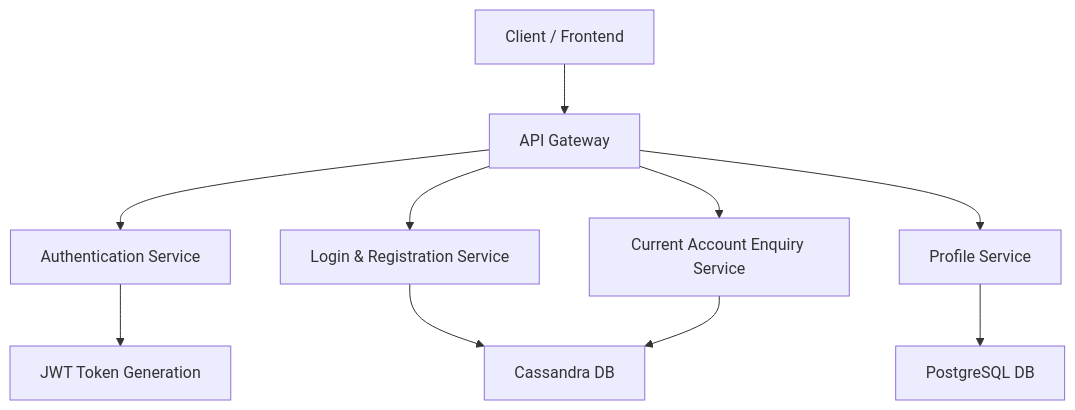
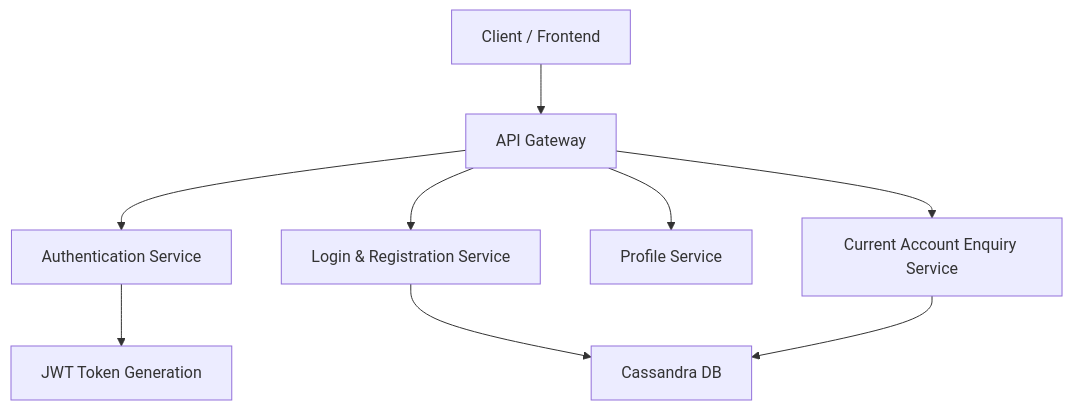
One commit to shreyashc023/UBI-HCT-Implementation-Vyom2.0- changed the diagram in README.md. Above: the diagram before and after it, drawn with Mermaid. The commit also changed other lines of this file, not shown here.

````diff
--- a/README.md
+++ b/README.md
@@ -54,12 +53,11 @@
 ```mermaid
 flowchart TD
     A[Client / Frontend] --> B[API Gateway]
     B --> C[Authentication Service]
     B --> D[Login & Registration Service]
     B --> E[Profile Service]
     B --> F[Current Account Enquiry Service]
     D --> G[Cassandra DB]
-    E --> H[PostgreSQL DB]
     F --> G
     C --> I[JWT Token Generation]
 ```
````
